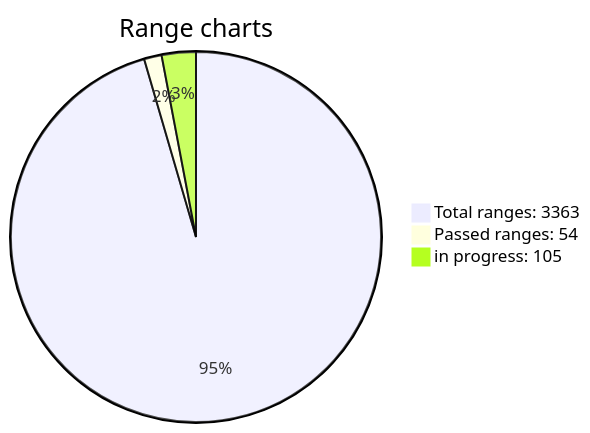
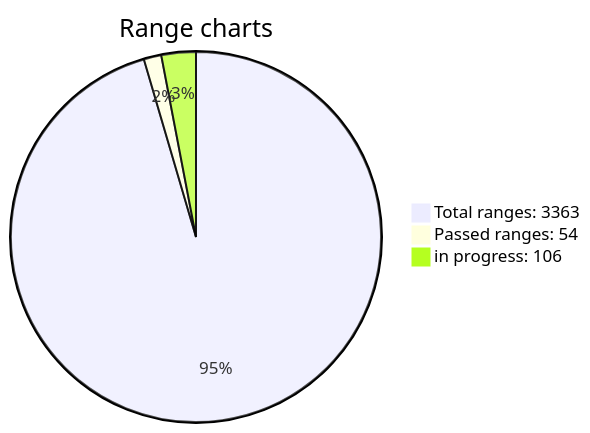
The diagram in README.md (jonlloner/wif500), drawn with Mermaid before and after one commit. The commit also changed other lines of this file, not shown here.

````diff
--- a/README.md
+++ b/README.md
@@ -86,6 +87,6 @@
 ```mermaid
 pie title Range charts
 "Total ranges: 3363" : 3363
 "Passed ranges: 54" : 54
-"in progress: 105" : 105
+"in progress: 106" : 106
 ```  
````
